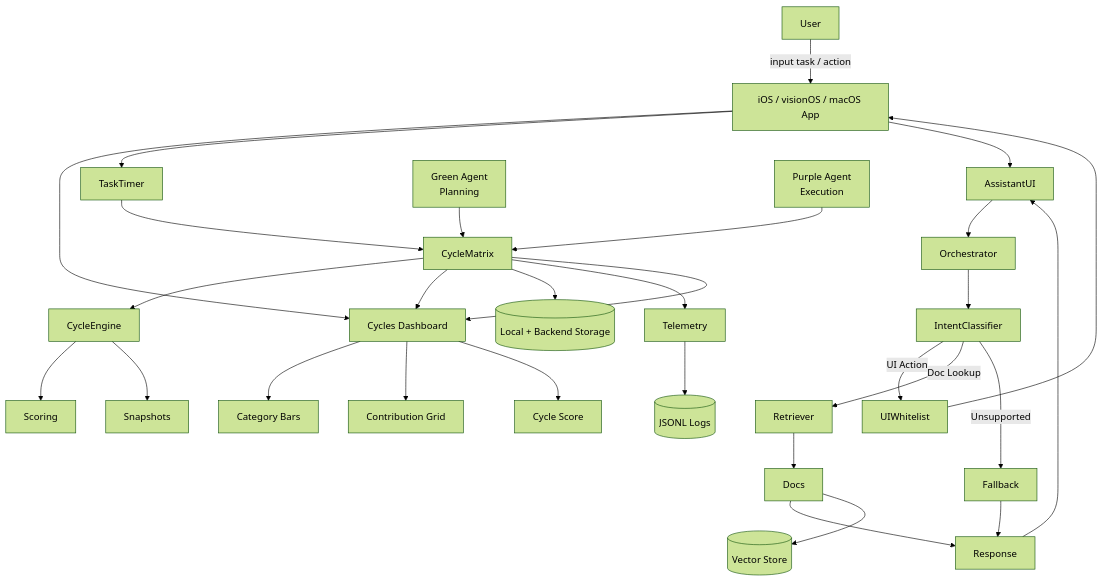
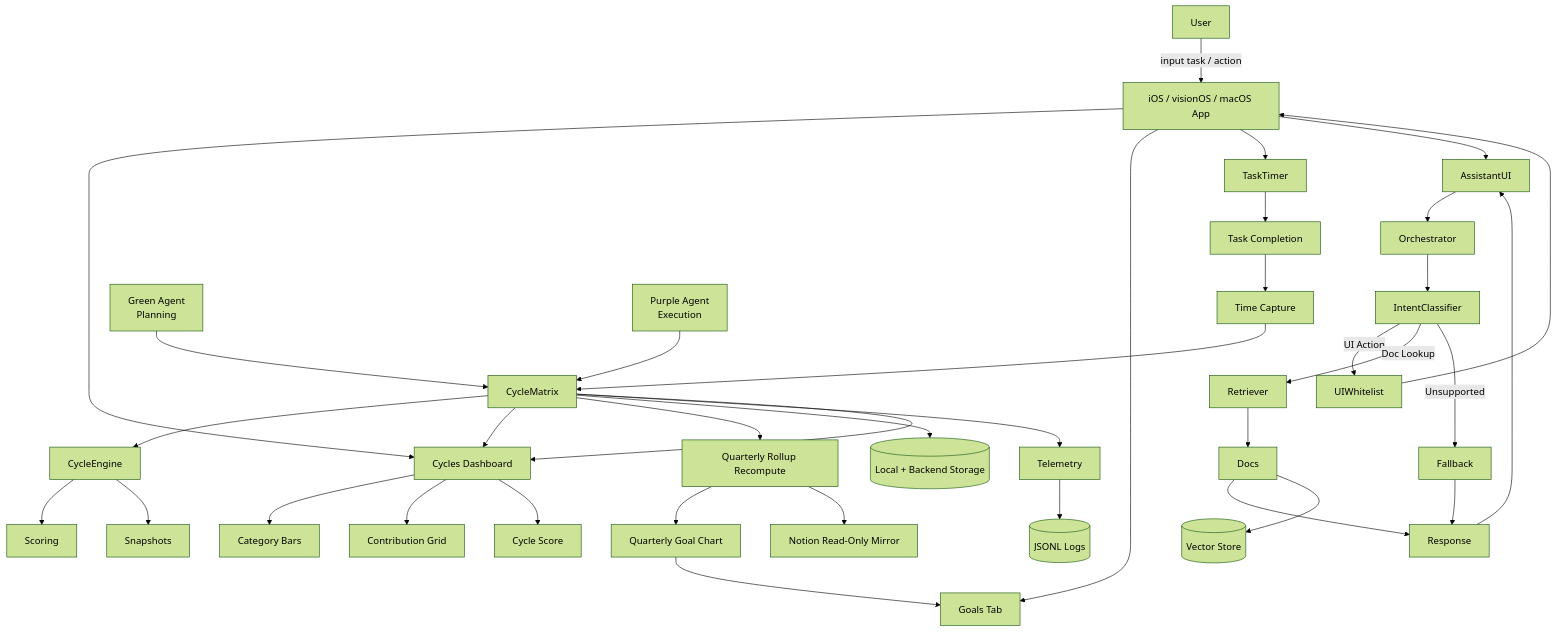
Before and after one commit to erinjerri/timebite-platform: the diagram in docs/system-architecture.md, drawn with Mermaid (forest theme). The commit also changed other lines of this file and 34 other files, not shown here.

First line of the commit message:
Add quarterly goal rollup docs and iOS App Store readiness pass

````diff
--- a/docs/system-architecture.md
+++ b/docs/system-architecture.md
@@ -9,52 +9,59 @@
 ```mermaid
 flowchart TD
     %% USER
     User -->|input task / action| App
 
     %% APP LAYER
     App["iOS / visionOS / macOS App"]
     App --> CyclesUI["Cycles Dashboard"]
+    App --> GoalsUI["Goals Tab"]
     App --> TaskTimer
     App --> AssistantUI
 
     %% CORE LOOP
-    TaskTimer --> CycleMatrix
+    TaskTimer --> TaskCompletion["Task Completion"]
+    TaskCompletion --> TimeCapture["Time Capture"]
+    TimeCapture --> CycleMatrix
     CycleMatrix --> CycleEngine
     CycleEngine --> Scoring
     CycleEngine --> Snapshots
     CycleMatrix --> CyclesUI
+    CycleMatrix --> QuarterlyRollup["Quarterly Rollup Recompute"]
+    QuarterlyRollup --> GoalsChart["Quarterly Goal Chart"]
+    GoalsChart --> GoalsUI
+    QuarterlyRollup --> NotionMirror["Notion Read-Only Mirror"]
 
     %% UI COMPONENTS
     CyclesUI --> Bars["Category Bars"]
     CyclesUI --> Grid["Contribution Grid"]
     CyclesUI --> Score["Cycle Score"]
 
     %% AGENTS
     GreenAgent["Green Agent<br/>Planning"]
     PurpleAgent["Purple Agent<br/>Execution"]
     GreenAgent --> CycleMatrix
     PurpleAgent --> CycleMatrix
 
     %% ASSISTANT (TIGHT RAG)
     AssistantUI --> Orchestrator
     Orchestrator --> IntentClassifier
     IntentClassifier -->|UI Action| UIWhitelist
     IntentClassifier -->|Doc Lookup| Retriever
     IntentClassifier -->|Unsupported| Fallback
     UIWhitelist --> App
     Retriever --> Docs
     Docs --> Response
     Fallback --> Response
     Response --> AssistantUI
 
     %% DATA
     CycleMatrix --> Storage[(Local + Backend Storage)]
     Docs --> VectorDB[(Vector Store)]
 
     %% TELEMETRY
     CycleMatrix --> Telemetry
     Telemetry --> Logs[(JSONL Logs)]
 
     %% OUTPUT
     CycleMatrix --> CyclesUI
 ```
````
